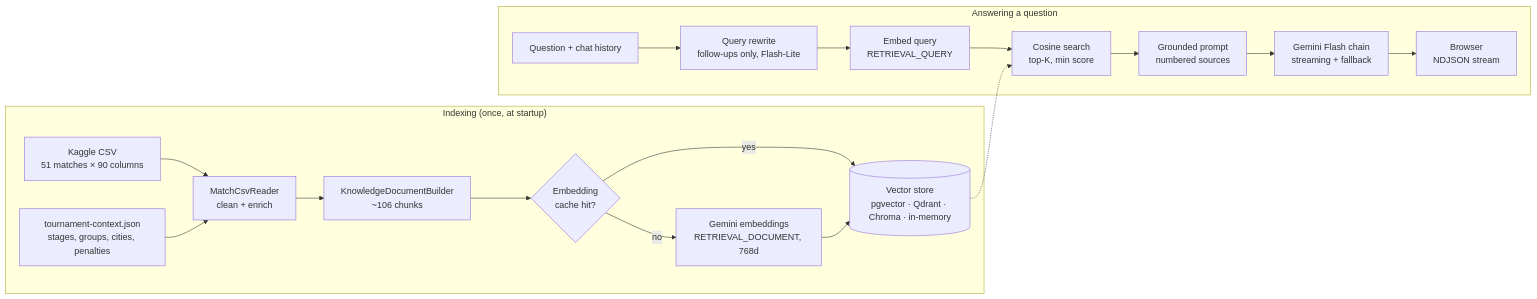
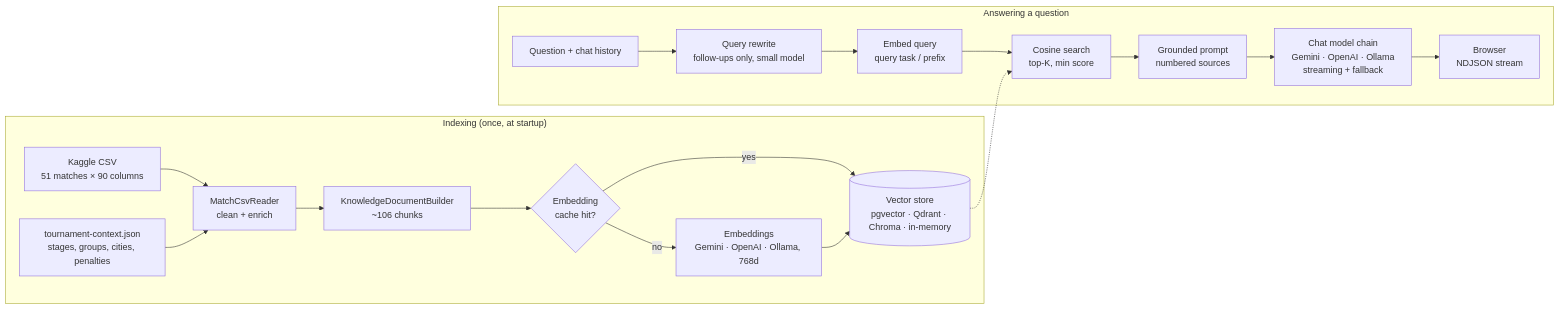
The diagram in README.md (aparlak88/rag-demo-euro2024), drawn with Mermaid before and after one commit. The commit also changed other lines of this file and 21 other files, not shown here.

````diff
--- a/README.md
+++ b/README.md
@@ -21,22 +23,22 @@
 ```mermaid
 flowchart LR
     subgraph Indexing["Indexing (once, at startup)"]
         CSV[Kaggle CSV<br/>51 matches × 90 columns] --> Reader[MatchCsvReader<br/>clean + enrich]
         Ctx[tournament-context.json<br/>stages, groups, cities, penalties] --> Reader
         Reader --> Builder[KnowledgeDocumentBuilder<br/>~106 chunks]
         Builder --> Cache{Embedding<br/>cache hit?}
-        Cache -- no --> Embed[Gemini embeddings<br/>RETRIEVAL_DOCUMENT, 768d]
+        Cache -- no --> Embed[Embeddings<br/>Gemini · OpenAI · Ollama, 768d]
         Cache -- yes --> Store
         Embed --> Store[(Vector store<br/>pgvector · Qdrant · Chroma · in-memory)]
     end
 
     subgraph Query["Answering a question"]
-        Q[Question + chat history] --> Rewrite[Query rewrite<br/>follow-ups only, Flash-Lite]
-        Rewrite --> QEmbed[Embed query<br/>RETRIEVAL_QUERY]
+        Q[Question + chat history] --> Rewrite[Query rewrite<br/>follow-ups only, small model]
+        Rewrite --> QEmbed[Embed query<br/>query task / prefix]
         QEmbed --> Search[Cosine search<br/>top-K, min score]
         Store -.-> Search
         Search --> Prompt[Grounded prompt<br/>numbered sources]
-        Prompt --> LLM[Gemini Flash chain<br/>streaming + fallback]
+        Prompt --> LLM[Chat model chain<br/>Gemini · OpenAI · Ollama<br/>streaming + fallback]
         LLM --> UI[Browser<br/>NDJSON stream]
     end
 ```
````
